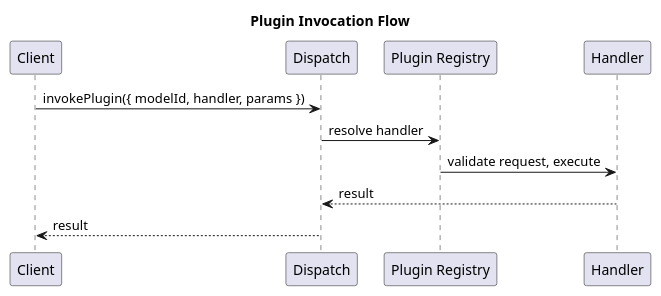
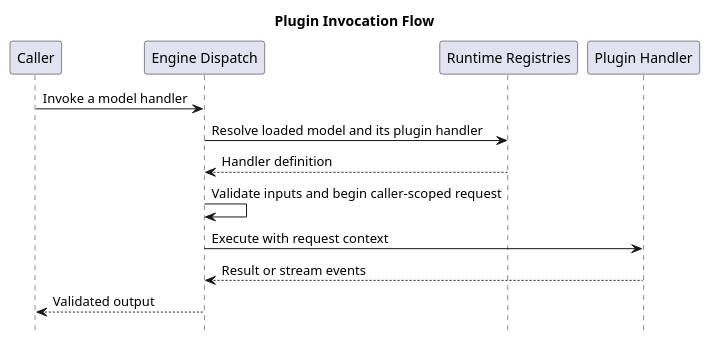
The diagram in docs/architecture/puml/04-plugin-invocation-flow.puml (tetherto/qvac), drawn with PlantUML before and after one commit. The commit also changed 18 other files, not shown here.

Commit message:
doc[notask]: refresh SDK architecture for bare-stow

```diff
--- a/docs/architecture/puml/04-plugin-invocation-flow.puml
+++ b/docs/architecture/puml/04-plugin-invocation-flow.puml
@@ -1,15 +1,17 @@
 @startuml
 title Plugin Invocation Flow
+hide footbox
 
-participant "Client" as Client
-participant "Dispatch" as Dispatch
-participant "Plugin Registry" as PluginReg
-participant "Handler" as Handler
+participant "Caller" as Caller
+participant "Engine Dispatch" as Dispatch
+participant "Runtime Registries" as State
+participant "Plugin Handler" as Handler
 
-Client -> Dispatch : invokePlugin({ modelId, handler, params })
-Dispatch -> PluginReg : resolve handler
-PluginReg -> Handler : validate request, execute
-Handler --> Dispatch : result
-Dispatch --> Client : result
-
+Caller -> Dispatch : Invoke a model handler
+Dispatch -> State : Resolve loaded model and its plugin handler
+State --> Dispatch : Handler definition
+Dispatch -> Dispatch : Validate inputs and begin caller-scoped request
+Dispatch -> Handler : Execute with request context
+Handler --> Dispatch : Result or stream events
+Dispatch --> Caller : Validated output
 @enduml
```
